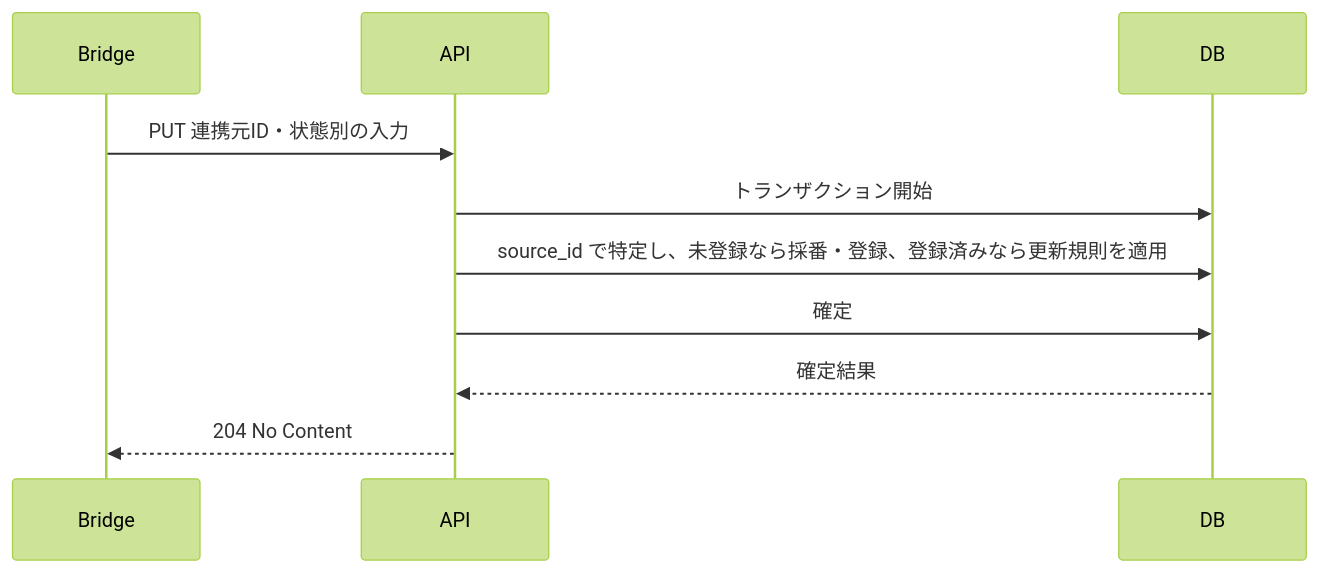
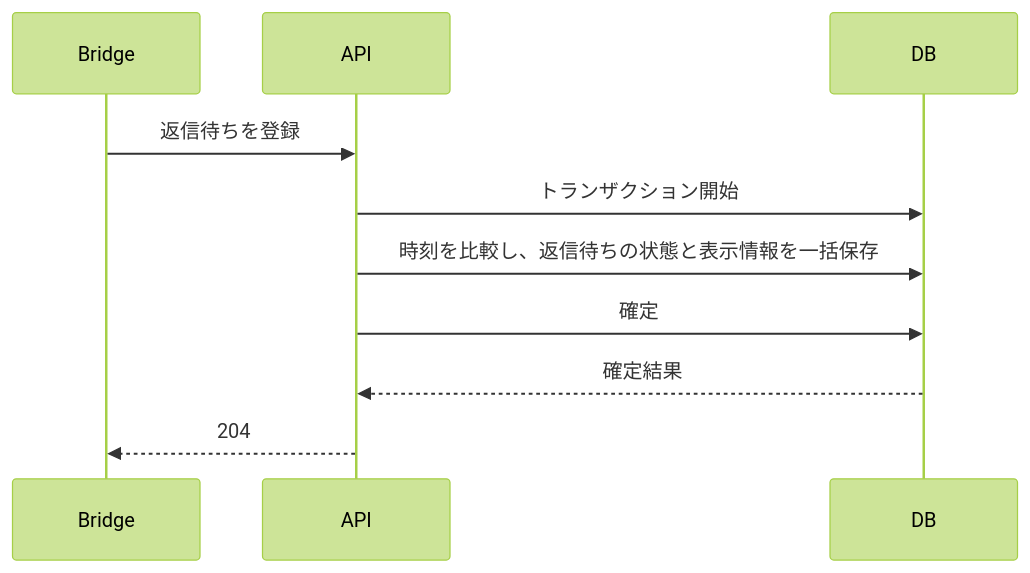
One commit to nishimura-yuma77/preview changed the third of 6 diagrams in reply-watch/docs/spec/features/reply-tracking/API.md. Above: the diagram before and after it, drawn with Mermaid (forest theme). The commit also changed other lines of this file and 3 other files, not shown here.

````diff
--- a/reply-watch/docs/spec/features/reply-tracking/API.md
+++ b/reply-watch/docs/spec/features/reply-tracking/API.md
@@ -97,9 +115,9 @@
 ```mermaid
 sequenceDiagram
-    Bridge->>API: PUT 連携元ID・状態別の入力
+    Bridge->>API: 返信待ちを登録
     API->>DB: トランザクション開始
-    API->>DB: source_id で特定し、未登録なら採番・登録、登録済みなら更新規則を適用
+    API->>DB: 時刻を比較し、返信待ちの状態と表示情報を一括保存
     API->>DB: 確定
     DB-->>API: 確定結果
-    API-->>Bridge: 204 No Content
+    API-->>Bridge: 204
 ```
````
